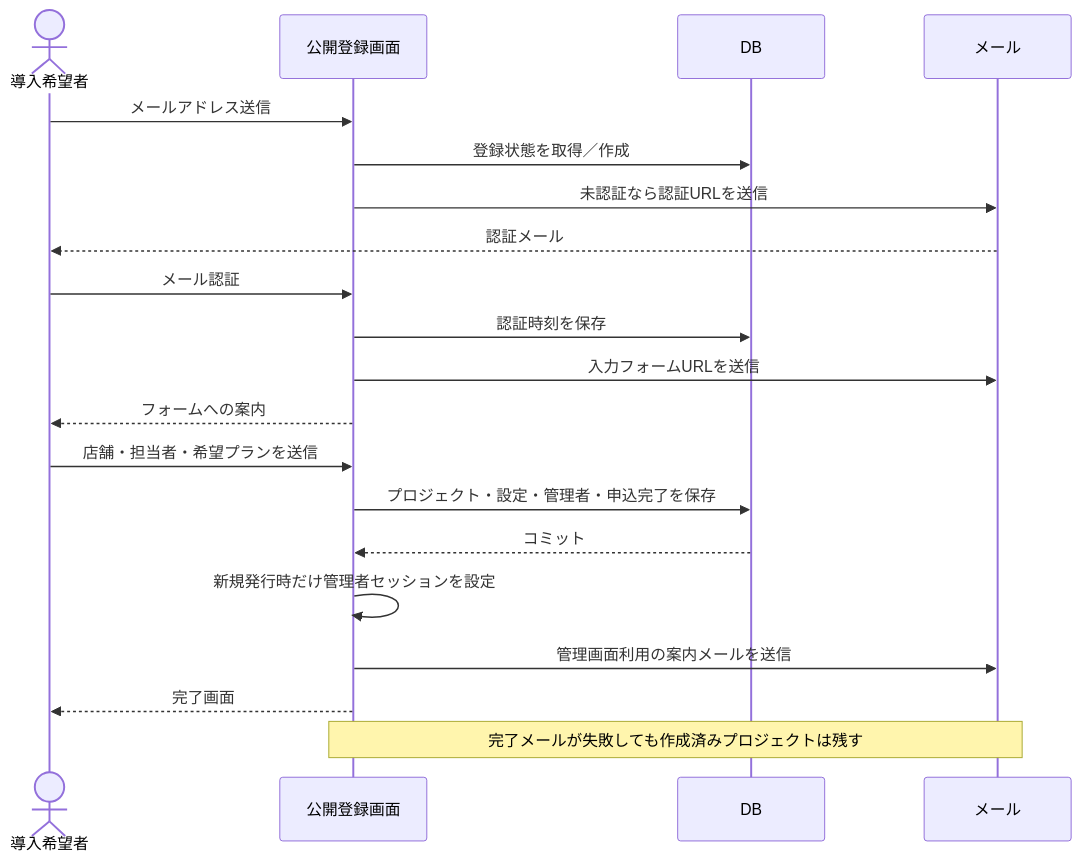
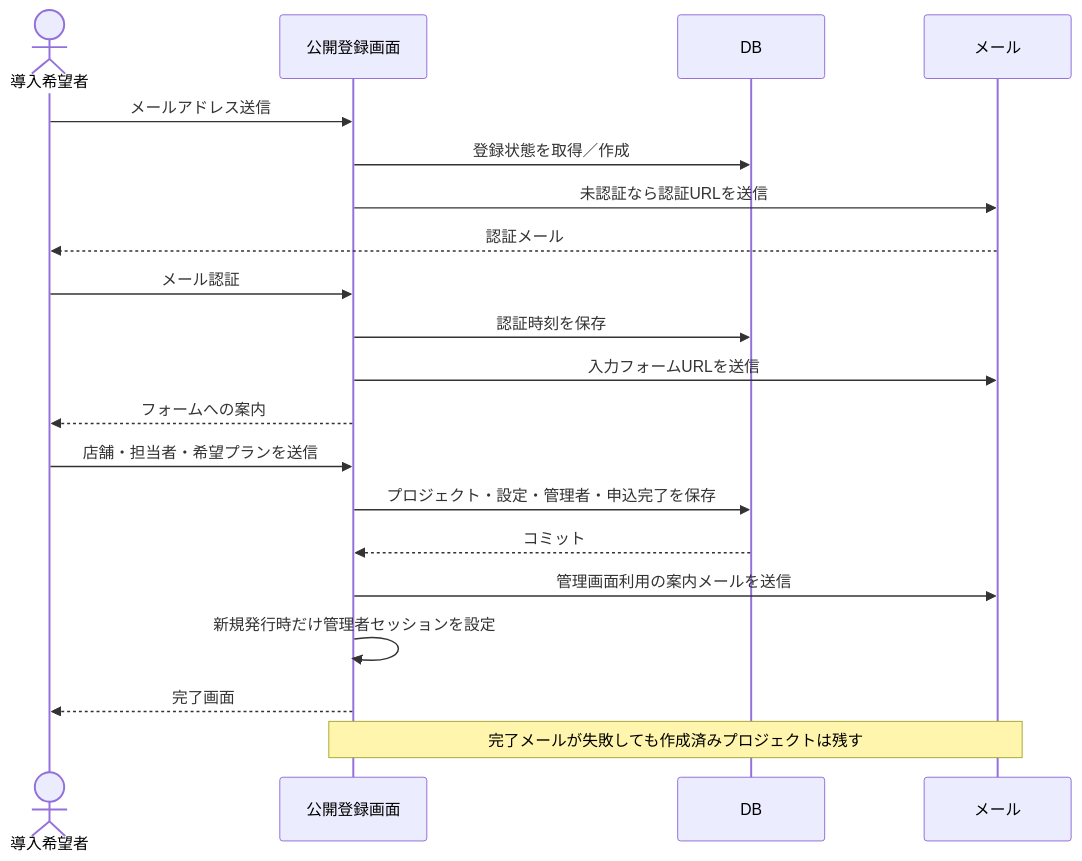
Diagram 19 of 19 in docs/APP_MANUAL.md (kosukesh34/Reggit), drawn with Mermaid before and after one commit. The commit also changed other lines of this file, not shown here.

Commit message:
docs: align registration sequence with post-provisioning mail

````diff
--- a/docs/APP_MANUAL.md
+++ b/docs/APP_MANUAL.md
@@ -991,22 +991,22 @@
 ```mermaid
 sequenceDiagram
     actor C as 導入希望者
     participant A as 公開登録画面
     participant D as DB
     participant E as メール
     C->>A: メールアドレス送信
     A->>D: 登録状態を取得／作成
     A->>E: 未認証なら認証URLを送信
     E-->>C: 認証メール
     C->>A: メール認証
     A->>D: 認証時刻を保存
     A->>E: 入力フォームURLを送信
     A-->>C: フォームへの案内
     C->>A: 店舗・担当者・希望プランを送信
     A->>D: プロジェクト・設定・管理者・申込完了を保存
     D-->>A: コミット
+    A->>E: 管理画面利用の案内メールを送信
     A->>A: 新規発行時だけ管理者セッションを設定
-    A->>E: 管理画面利用の案内メールを送信
     A-->>C: 完了画面
     Note over A,E: 完了メールが失敗しても作成済みプロジェクトは残す
 ```
````
